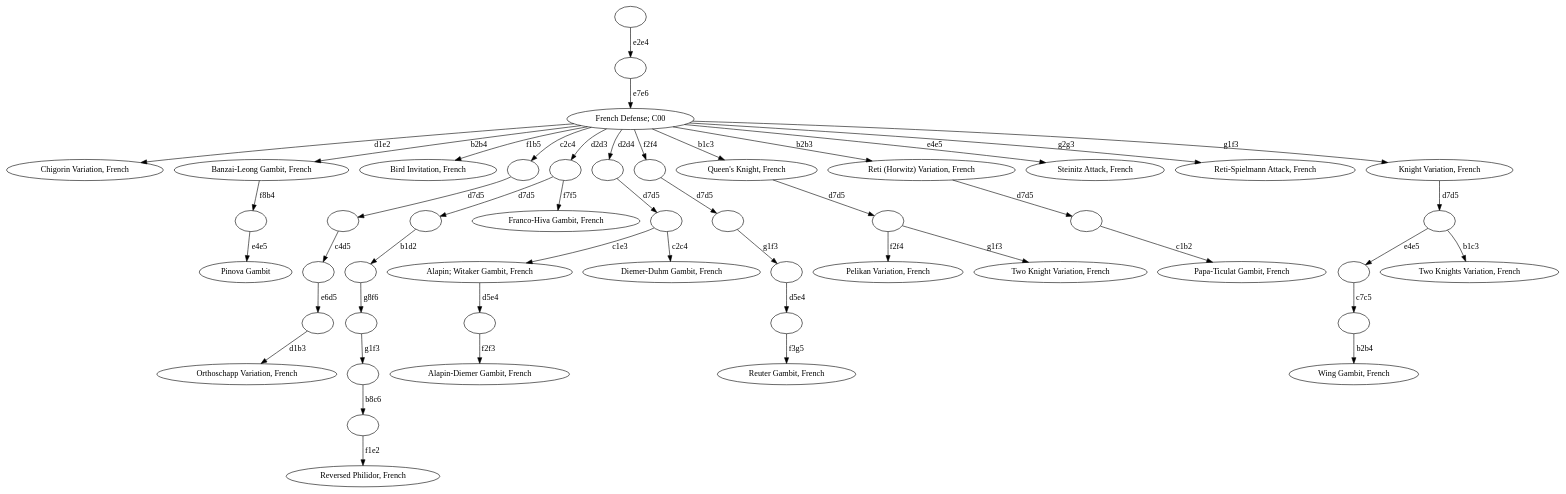
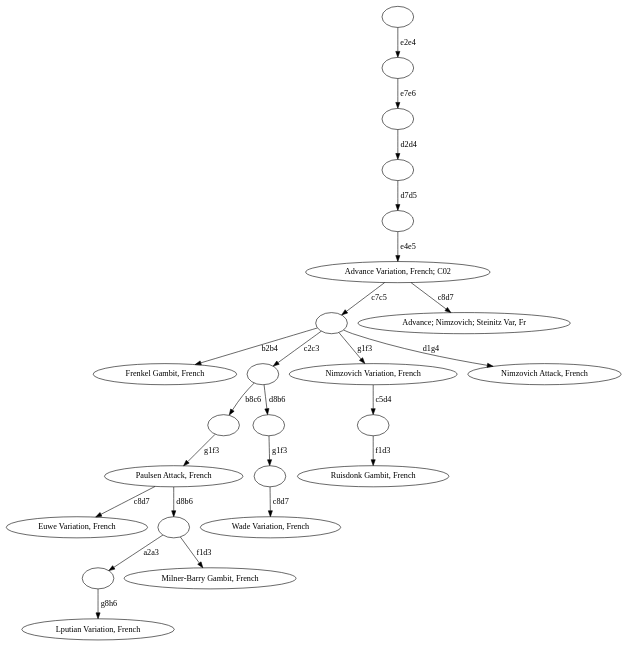
Before and after one commit to InspectorChocolatey/opening: the diagram in test.dot, drawn with Graphviz. The commit also changed 3 other files, not shown here.

```diff
--- a/test.dot
+++ b/test.dot
@@ -1,95 +1,49 @@
 digraph g {
 a4856 [label=""];
 a4856 -> a4857 [label="e2e4"];
 a4857 [label=""];
 a4857 -> a4858 [label="e7e6"];
-a4858 [label="French Defense; C00"];
-a4858 -> a4902 [label="d1e2"];
-a4858 -> a4862 [label="b2b4"];
-a4858 -> a4865 [label="f1b5"];
-a4858 -> a4866 [label="c2c4"];
-a4858 -> a4871 [label="d2d3"];
-a4858 -> a4879 [label="d2d4"];
-a4858 -> a4886 [label="f2f4"];
-a4858 -> a4892 [label="b1c3"];
-a4858 -> a4859 [label="b2b3"];
-a4858 -> a4885 [label="e4e5"];
-a4858 -> a4891 [label="g2g3"];
-a4858 -> a4896 [label="g1f3"];
-a4886 [label=""];
-a4886 -> a4887 [label="d7d5"];
-a4887 [label=""];
-a4887 -> a4888 [label="g1f3"];
-a4888 [label=""];
-a4888 -> a4889 [label="d5e4"];
-a4889 [label=""];
-a4889 -> a4890 [label="f3g5"];
-a4890 [label="Reuter Gambit, French"];
-a4892 [label="Queen's Knight, French"];
-a4892 -> a4893 [label="d7d5"];
-a4893 [label=""];
-a4893 -> a4894 [label="f2f4"];
-a4893 -> a4895 [label="g1f3"];
-a4894 [label="Pelikan Variation, French"];
-a4895 [label="Two Knight Variation, French"];
-a4902 [label="Chigorin Variation, French"];
-a4862 [label="Banzai-Leong Gambit, French"];
-a4862 -> a4863 [label="f8b4"];
-a4863 [label=""];
-a4863 -> a4864 [label="e4e5"];
-a4864 [label="Pinova Gambit"];
-a4865 [label="Bird Invitation, French"];
-a4866 [label=""];
-a4866 -> a4867 [label="d7d5"];
-a4867 [label=""];
-a4867 -> a4868 [label="c4d5"];
-a4868 [label=""];
-a4868 -> a4869 [label="e6d5"];
-a4869 [label=""];
-a4869 -> a4870 [label="d1b3"];
-a4870 [label="Orthoschapp Variation, French"];
-a4871 [label=""];
-a4871 -> a4872 [label="d7d5"];
-a4871 -> a4878 [label="f7f5"];
-a4872 [label=""];
-a4872 -> a4873 [label="b1d2"];
-a4873 [label=""];
-a4873 -> a4874 [label="g8f6"];
-a4874 [label=""];
-a4874 -> a4875 [label="g1f3"];
-a4875 [label=""];
-a4875 -> a4876 [label="b8c6"];
-a4876 [label=""];
-a4876 -> a4877 [label="f1e2"];
-a4877 [label="Reversed Philidor, French"];
-a4878 [label="Franco-Hiva Gambit, French"];
-a4879 [label=""];
-a4879 -> a4880 [label="d7d5"];
-a4880 [label=""];
-a4880 -> a4881 [label="c1e3"];
-a4880 -> a4884 [label="c2c4"];
-a4881 [label="Alapin; Witaker Gambit, French"];
-a4881 -> a4882 [label="d5e4"];
-a4882 [label=""];
-a4882 -> a4883 [label="f2f3"];
-a4883 [label="Alapin-Diemer Gambit, French"];
-a4884 [label="Diemer-Duhm Gambit, French"];
-a4859 [label="Reti (Horwitz) Variation, French"];
+a4858 [label=""];
+a4858 -> a4859 [label="d2d4"];
+a4859 [label=""];
 a4859 -> a4860 [label="d7d5"];
 a4860 [label=""];
-a4860 -> a4861 [label="c1b2"];
-a4861 [label="Papa-Ticulat Gambit, French"];
-a4885 [label="Steinitz Attack, French"];
-a4891 [label="Reti-Spielmann Attack, French"];
-a4896 [label="Knight Variation, French"];
-a4896 -> a4897 [label="d7d5"];
-a4897 [label=""];
-a4897 -> a4898 [label="e4e5"];
-a4897 -> a4901 [label="b1c3"];
-a4898 [label=""];
-a4898 -> a4899 [label="c7c5"];
-a4899 [label=""];
-a4899 -> a4900 [label="b2b4"];
-a4900 [label="Wing Gambit, French"];
-a4901 [label="Two Knights Variation, French"];
+a4860 -> a4861 [label="e4e5"];
+a4861 [label="Advance Variation, French; C02"];
+a4861 -> a4863 [label="c7c5"];
+a4861 -> a4862 [label="c8d7"];
+a4862 [label="Advance; Nimzovich; Steinitz Var, Fr"];
+a4863 [label=""];
+a4863 -> a4864 [label="b2b4"];
+a4863 -> a4865 [label="c2c3"];
+a4863 -> a4876 [label="g1f3"];
+a4863 -> a4879 [label="d1g4"];
+a4864 [label="Frenkel Gambit, French"];
+a4865 [label=""];
+a4865 -> a4866 [label="b8c6"];
+a4865 -> a4873 [label="d8b6"];
+a4866 [label=""];
+a4866 -> a4867 [label="g1f3"];
+a4867 [label="Paulsen Attack, French"];
+a4867 -> a4868 [label="c8d7"];
+a4867 -> a4869 [label="d8b6"];
+a4868 [label="Euwe Variation, French"];
+a4869 [label=""];
+a4869 -> a4870 [label="a2a3"];
+a4869 -> a4872 [label="f1d3"];
+a4870 [label=""];
+a4870 -> a4871 [label="g8h6"];
+a4871 [label="Lputian Variation, French"];
+a4872 [label="Milner-Barry Gambit, French"];
+a4873 [label=""];
+a4873 -> a4874 [label="g1f3"];
+a4874 [label=""];
+a4874 -> a4875 [label="c8d7"];
+a4875 [label="Wade Variation, French"];
+a4876 [label="Nimzovich Variation, French"];
+a4876 -> a4877 [label="c5d4"];
+a4877 [label=""];
+a4877 -> a4878 [label="f1d3"];
+a4878 [label="Ruisdonk Gambit, French"];
+a4879 [label="Nimzovich Attack, French"];
 }
```
